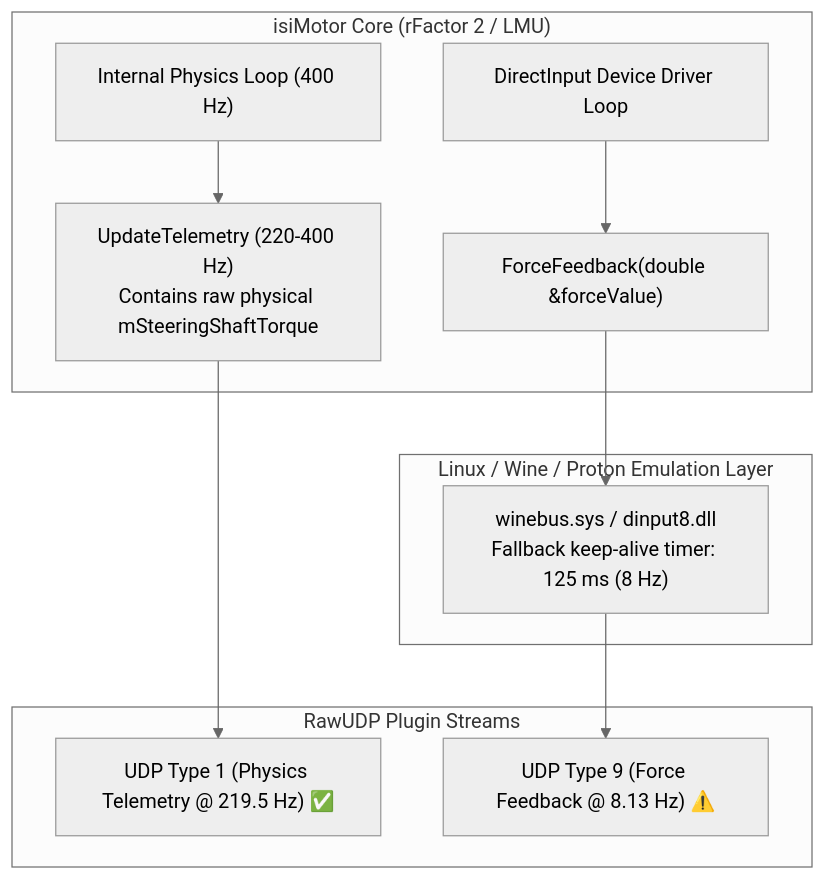
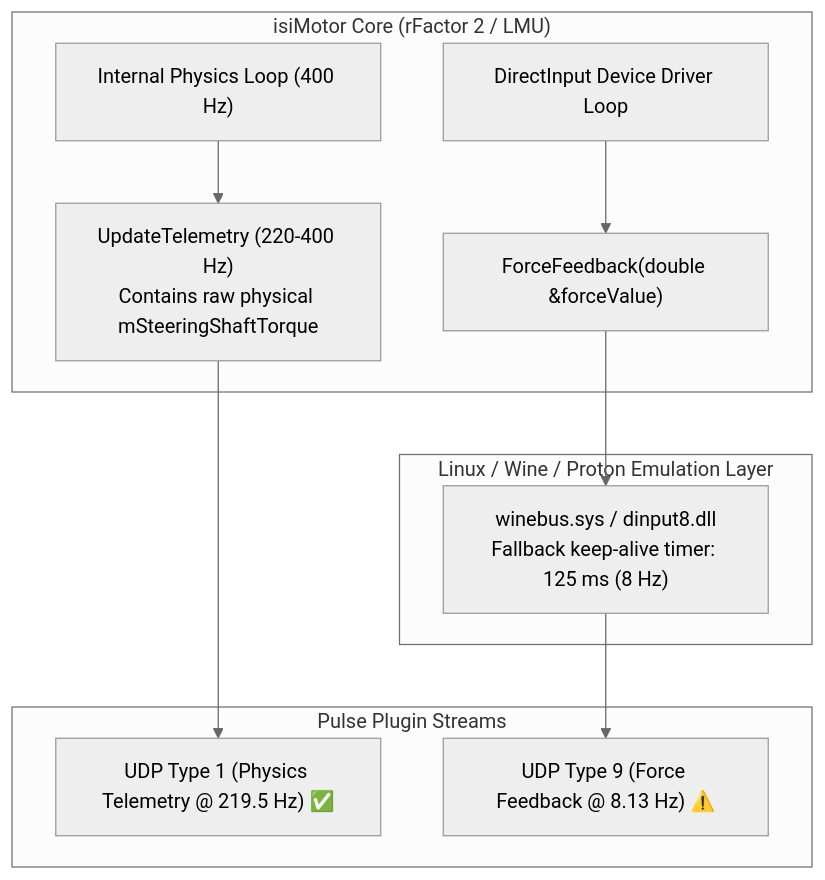
Before and after one commit to marcgardent/isiMotor-Pulse-Plugin: the diagram in docs/LINUX_PROTON_BENCHMARK.md, drawn with Mermaid (neutral theme). The commit also changed other lines of this file and 222 other files, not shown here.

First line of the commit message:
refactor!: rename project RawUDP -> Pulse (isiMotor-Pulse-Plugin)

````diff
--- a/docs/LINUX_PROTON_BENCHMARK.md
+++ b/docs/LINUX_PROTON_BENCHMARK.md
@@ -35,16 +35,16 @@
 ```mermaid
 flowchart TD
     subgraph IsiMotor["isiMotor Core (rFactor 2 / LMU)"]
         Physics["Internal Physics Loop (400 Hz)"] --> UpdateTelem["UpdateTelemetry (220-400 Hz)\nContains raw physical mSteeringShaftTorque"]
         DirectInputThread["DirectInput Device Driver Loop"] --> FFB["ForceFeedback(double &forceValue)"]
     end
 
     subgraph WineLayer["Linux / Wine / Proton Emulation Layer"]
         FFB --> WineDinput["winebus.sys / dinput8.dll\nFallback keep-alive timer: 125 ms (8 Hz)"]
     end
 
-    subgraph Output["RawUDP Plugin Streams"]
+    subgraph Output["Pulse Plugin Streams"]
         UpdateTelem --> UDPTelem["UDP Type 1 (Physics Telemetry @ 219.5 Hz) ✅"]
         WineDinput --> UDPFFB["UDP Type 9 (Force Feedback @ 8.13 Hz) ⚠️"]
     end
 ```
````
